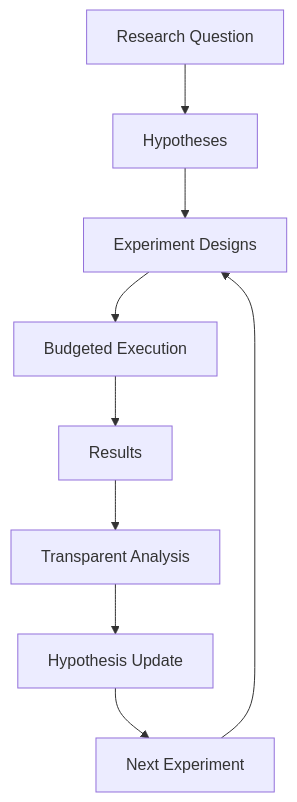
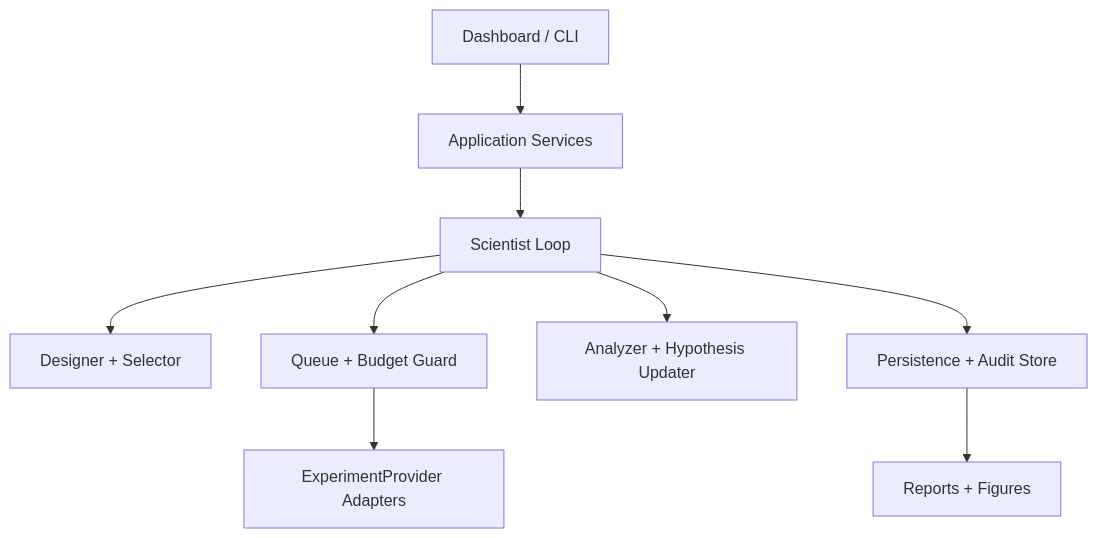
The first of 2 diagrams in ARCHITECTURE.md (miasaka-mikoto/ai-scientist-mini), drawn with Mermaid before and after one commit. The commit also changed other lines of this file and 83 other files, not shown here.

````diff
--- a/ARCHITECTURE.md
+++ b/ARCHITECTURE.md
@@ -5,11 +16,20 @@
 ```mermaid
-flowchart TD
-  Q[Research Question] --> H[Hypotheses]
-  H --> D[Experiment Designs]
-  D --> X[Budgeted Execution]
-  X --> R[Results]
-  R --> A[Transparent Analysis]
-  A --> U[Hypothesis Update]
-  U --> N[Next Experiment]
-  N --> D
+flowchart TB
+  UI[Dashboard / CLI]
+  APP[Application Services]
+  SCI[Scientist Loop]
+  DES[Designer + Selector]
+  QUE[Queue + Budget Guard]
+  ANA[Analyzer + Hypothesis Updater]
+  PROV[ExperimentProvider Adapters]
+  STORE[Persistence + Audit Store]
+  REP[Reports + Figures]
+  UI --> APP
+  APP --> SCI
+  SCI --> DES
+  SCI --> QUE
+  SCI --> ANA
+  QUE --> PROV
+  SCI --> STORE
+  STORE --> REP
 ```
````
